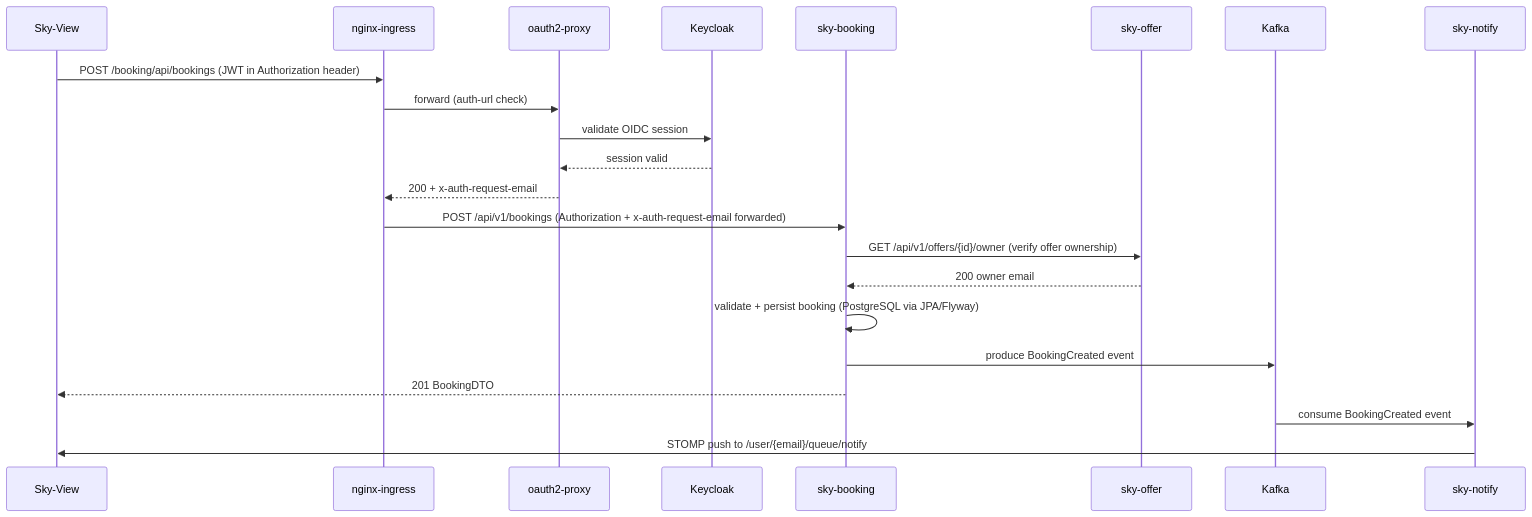
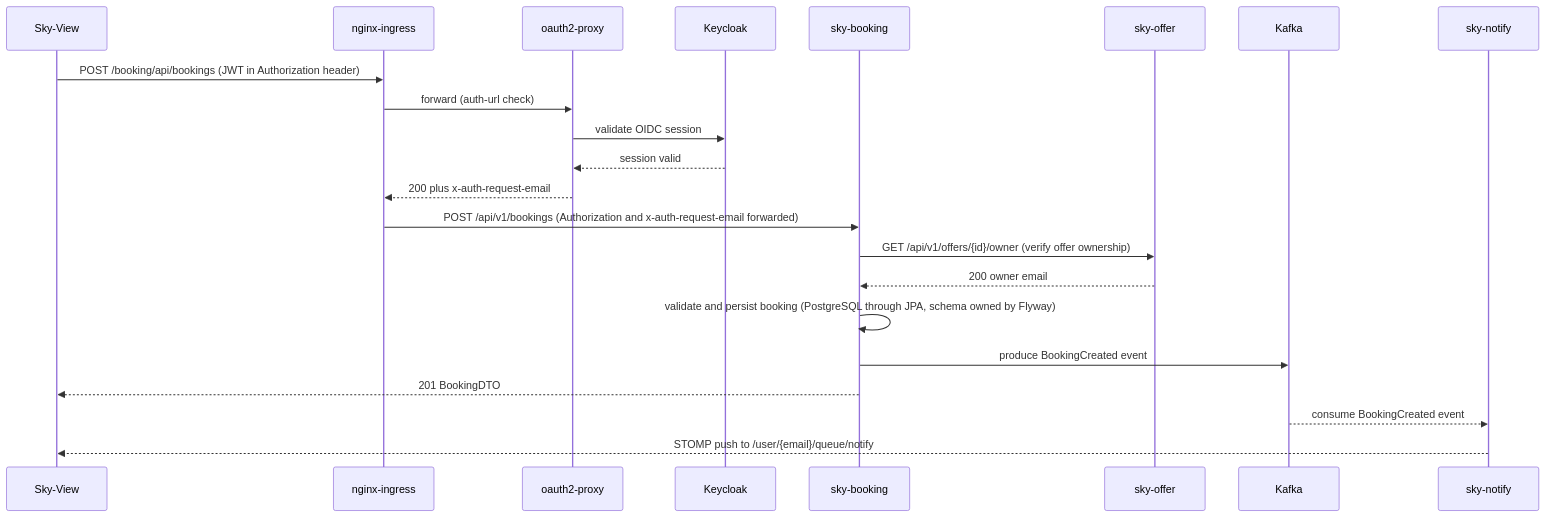
Before and after one commit to Lukk17/sky: the second of 2 diagrams in README.md, drawn with Mermaid. The commit also changed other lines of this file and 21 other files, not shown here.

````diff
--- a/README.md
+++ b/README.md
@@ -155,28 +146,28 @@
 ```mermaid
 sequenceDiagram
     accTitle: Create-booking request flow
-    accDescr: Shows the path from the frontend through nginx and oauth2-proxy to sky-booking and sky-offer
+    accDescr: From the frontend through nginx and oauth2-proxy to sky-booking and sky-offer, then out over Kafka to sky-notify
 
     participant FE as Sky-View
     participant NG as nginx-ingress
     participant OP as oauth2-proxy
     participant KC as Keycloak
     participant BK as sky-booking
     participant OF as sky-offer
     participant KF as Kafka
     participant NT as sky-notify
 
     FE->>NG: POST /booking/api/bookings (JWT in Authorization header)
     NG->>OP: forward (auth-url check)
     OP->>KC: validate OIDC session
     KC-->>OP: session valid
-    OP-->>NG: 200 + x-auth-request-email
-    NG->>BK: POST /api/v1/bookings (Authorization + x-auth-request-email forwarded)
+    OP-->>NG: 200 plus x-auth-request-email
+    NG->>BK: POST /api/v1/bookings (Authorization and x-auth-request-email forwarded)
     BK->>OF: GET /api/v1/offers/{id}/owner (verify offer ownership)
     OF-->>BK: 200 owner email
-    BK->>BK: validate + persist booking (PostgreSQL via JPA/Flyway)
+    BK->>BK: validate and persist booking (PostgreSQL through JPA, schema owned by Flyway)
     BK->>KF: produce BookingCreated event
     BK-->>FE: 201 BookingDTO
-    KF->>NT: consume BookingCreated event
-    NT->>FE: STOMP push to /user/{email}/queue/notify
+    KF-->>NT: consume BookingCreated event
+    NT-->>FE: STOMP push to /user/{email}/queue/notify
 ```
````
